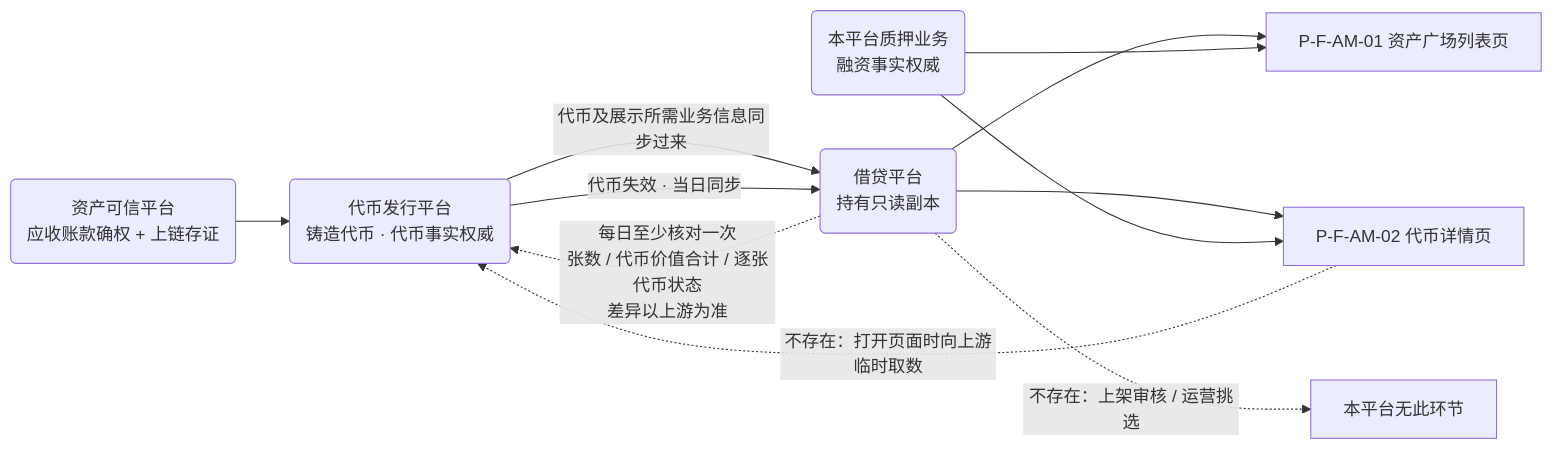
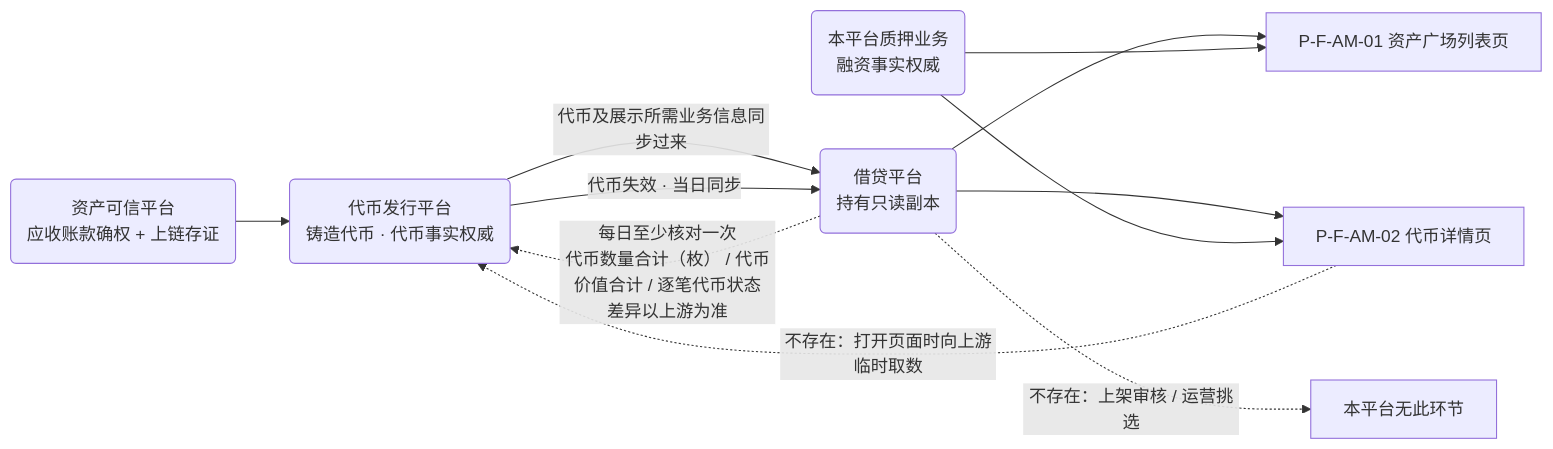
One commit to wxblockchain/Chain-Financing changed the first of 6 diagrams in lending-platform/PRD/v1.0-资产广场-已上架代币只读域/v1.0-资产广场-流程图与状态机.md. Above: the diagram before and after it, drawn with Mermaid. The commit also changed other lines of this file and 3 other files, not shown here.

````diff
--- a/lending-platform/PRD/v1.0-资产广场-已上架代币只读域/v1.0-资产广场-流程图与状态机.md
+++ b/lending-platform/PRD/v1.0-资产广场-已上架代币只读域/v1.0-资产广场-流程图与状态机.md
@@ -25,13 +26,13 @@
 ```mermaid
 flowchart LR
   A1(资产可信平台<br/>应收账款确权 + 上链存证) --> A2(代币发行平台<br/>铸造代币 · 代币事实权威)
   A2 -->|代币及展示所需业务信息同步过来| B1(借贷平台<br/>持有只读副本)
   A2 -->|代币失效 · 当日同步| B1
   B1 --> C1[P-F-AM-01 资产广场列表页]
   B1 --> C2[P-F-AM-02 代币详情页]
   P1(本平台质押业务<br/>融资事实权威) --> C1
   P1 --> C2
-  B1 -.->|每日至少核对一次<br/>张数 / 代币价值合计 / 逐张代币状态<br/>差异以上游为准| A2
+  B1 -.->|每日至少核对一次<br/>代币数量合计（枚） / 代币价值合计 / 逐笔代币状态<br/>差异以上游为准| A2
   B1 -.->|不存在：上架审核 / 运营挑选| GATE["本平台无此环节"]
   C2 -.->|不存在：打开页面时向上游临时取数| A2
 ```
````
